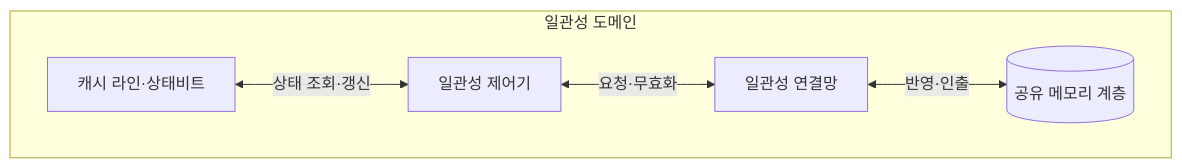
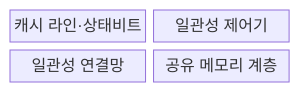
Before and after one commit to agnusdei1207/knowledge-base: the first of 2 diagrams in src/content/docs/notes/02-hardware/014_cache_coherence_protocol.md, drawn with Mermaid. The commit also changed other lines of this file and 20 other files, not shown here.

````diff
--- a/src/content/docs/notes/02-hardware/014_cache_coherence_protocol.md
+++ b/src/content/docs/notes/02-hardware/014_cache_coherence_protocol.md
@@ -64,12 +62,8 @@
 ```mermaid
-flowchart TB
-    subgraph DOM["일관성 도메인"]
-        L["캐시 라인·상태비트"]
-        C["일관성 제어기"]
-        N["일관성 연결망"]
-        M[("공유 메모리 계층")]
-        L <-->|상태 조회·갱신| C
-        C <-->|요청·무효화| N
-        N <-->|반영·인출| M
-    end
+block
+    columns 2
+    L["캐시 라인·상태비트"]
+    C["일관성 제어기"]
+    N["일관성 연결망"]
+    M["공유 메모리 계층"]
 ```
````
